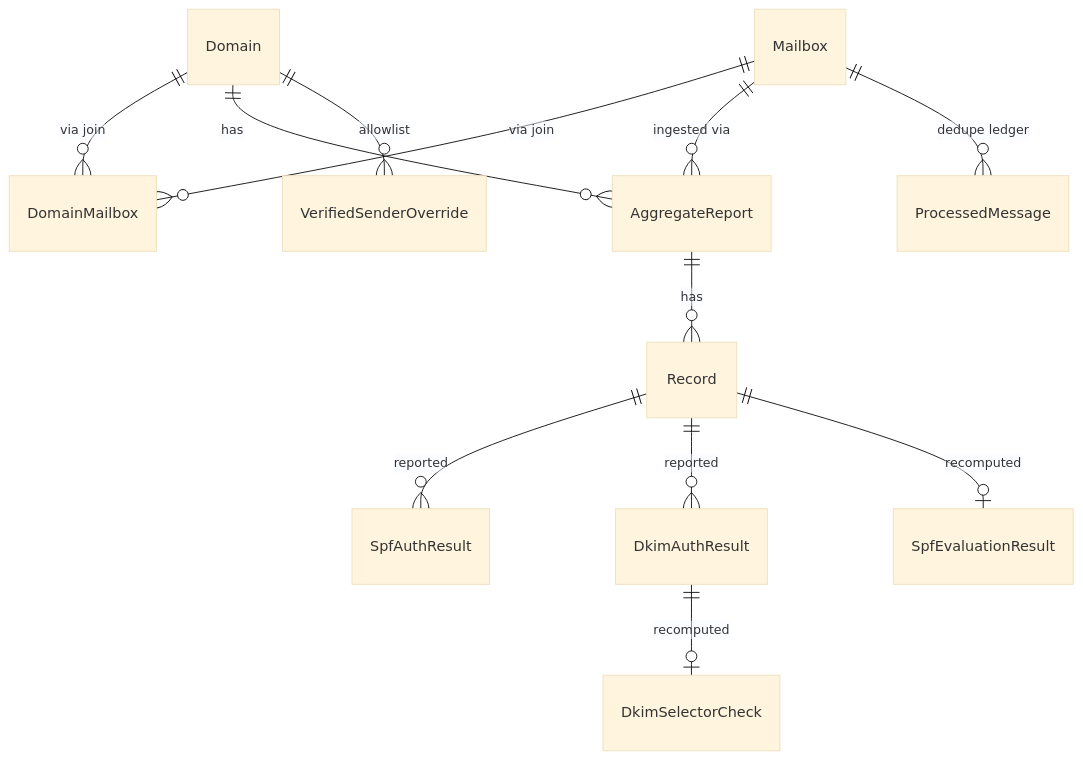
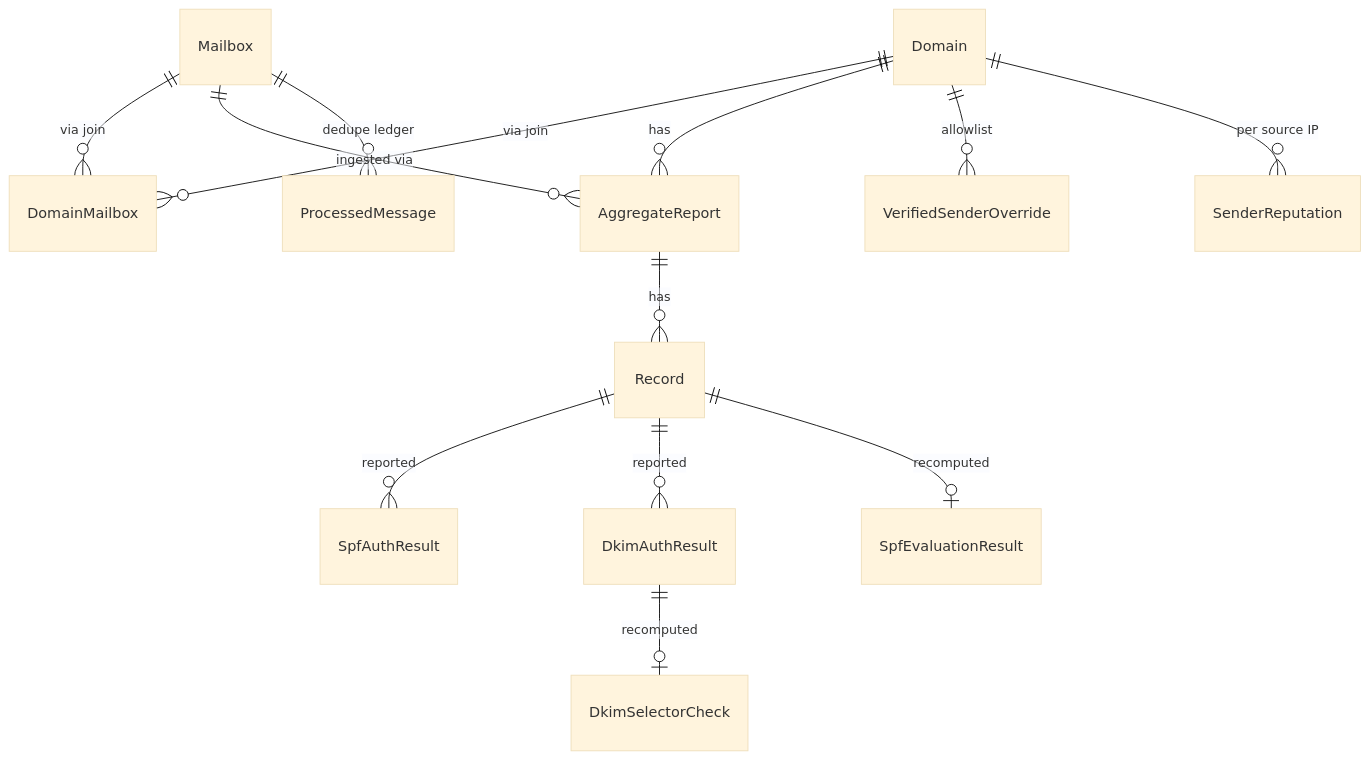
Before and after one commit to TenOfNine/AzureHosted-DMARC-Analyzer: the second of 3 diagrams in docs/technical-specification.md, drawn with Mermaid (base theme). The commit also changed other lines of this file and 27 other files, not shown here.

````diff
--- a/docs/technical-specification.md
+++ b/docs/technical-specification.md
@@ -194,14 +214,15 @@
 ```mermaid
 erDiagram
     Domain ||--o{ DomainMailbox : "via join"
     Mailbox ||--o{ DomainMailbox : "via join"
     Domain ||--o{ AggregateReport : "has"
     Mailbox ||--o{ AggregateReport : "ingested via"
     Mailbox ||--o{ ProcessedMessage : "dedupe ledger"
     AggregateReport ||--o{ Record : "has"
     Record ||--o{ SpfAuthResult : "reported"
     Record ||--o{ DkimAuthResult : "reported"
     Record ||--o| SpfEvaluationResult : "recomputed"
     DkimAuthResult ||--o| DkimSelectorCheck : "recomputed"
     Domain ||--o{ VerifiedSenderOverride : "allowlist"
+    Domain ||--o{ SenderReputation : "per source IP"
 ```
````
